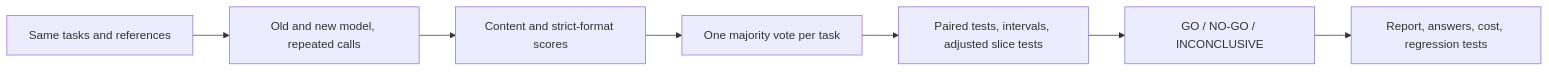
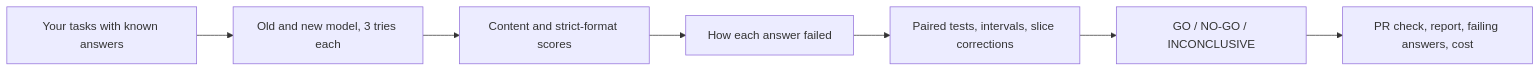
One commit to UtsavInTech/upgrade-gate changed the diagram in README.md. Above: the diagram before and after it, drawn with Mermaid. The commit also changed other lines of this file and 110 other files, not shown here.

````diff
--- a/README.md
+++ b/README.md
@@ -123,9 +60,9 @@
 ```mermaid
 flowchart LR
-    A[Same tasks and references] --> B[Old and new model, repeated calls]
+    A[Your tasks with known answers] --> B[Old and new model, 3 tries each]
     B --> C[Content and strict-format scores]
-    C --> D[One majority vote per task]
-    D --> E[Paired tests, intervals, adjusted slice tests]
+    C --> D[How each answer failed]
+    D --> E[Paired tests, intervals, slice corrections]
     E --> F[GO / NO-GO / INCONCLUSIVE]
-    F --> G[Report, answers, cost, regression tests]
+    F --> G[PR check, report, failing answers, cost]
 ```
````
